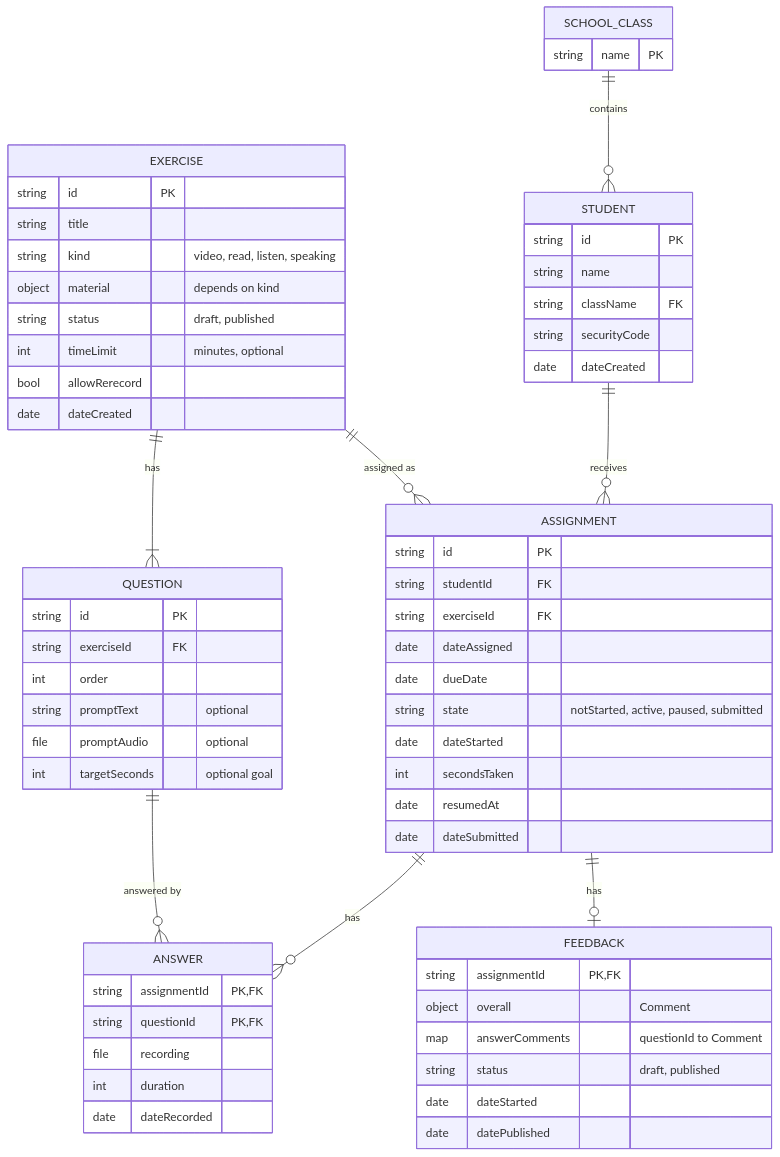
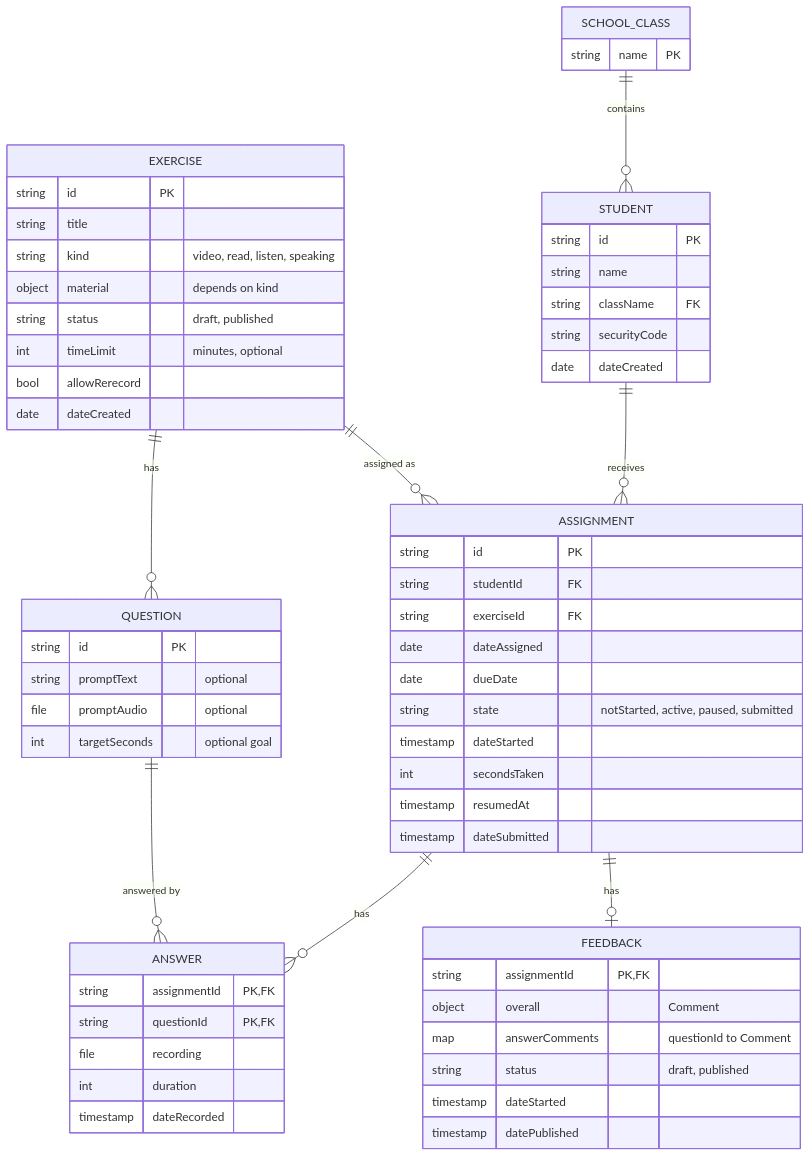
Before and after one commit to jmagaram/hamorahlimor-prototype: the diagram in docs/data-model.md, drawn with Mermaid. The commit also changed other lines of this file and 31 other files, not shown here.

````diff
--- a/docs/data-model.md
+++ b/docs/data-model.md
@@ -5,65 +5,63 @@
 ```mermaid
 erDiagram
   SCHOOL_CLASS ||--o{ STUDENT : contains
   STUDENT ||--o{ ASSIGNMENT : receives
   EXERCISE ||--o{ ASSIGNMENT : "assigned as"
-  EXERCISE ||--|{ QUESTION : has
+  EXERCISE ||--o{ QUESTION : has
   ASSIGNMENT ||--o{ ANSWER : has
   QUESTION ||--o{ ANSWER : "answered by"
   ASSIGNMENT ||--o| FEEDBACK : has
   SCHOOL_CLASS {
     string name PK
   }
   STUDENT {
     string id PK
     string name
     string className FK
     string securityCode
     date dateCreated
   }
   EXERCISE {
     string id PK
     string title
     string kind "video, read, listen, speaking"
     object material "depends on kind"
     string status "draft, published"
     int timeLimit "minutes, optional"
     bool allowRerecord
     date dateCreated
   }
   QUESTION {
     string id PK
-    string exerciseId FK
-    int order
     string promptText "optional"
     file promptAudio "optional"
     int targetSeconds "optional goal"
   }
   ASSIGNMENT {
     string id PK
     string studentId FK
     string exerciseId FK
     date dateAssigned
     date dueDate
     string state "notStarted, active, paused, submitted"
-    date dateStarted
+    timestamp dateStarted
     int secondsTaken
-    date resumedAt
-    date dateSubmitted
+    timestamp resumedAt
+    timestamp dateSubmitted
   }
   ANSWER {
     string assignmentId PK, FK
     string questionId PK, FK
     file recording
     int duration
-    date dateRecorded
+    timestamp dateRecorded
   }
   FEEDBACK {
     string assignmentId PK, FK
     object overall "Comment"
     map answerComments "questionId to Comment"
     string status "draft, published"
-    date dateStarted
-    date datePublished
+    timestamp dateStarted
+    timestamp datePublished
   }
 ```
````
